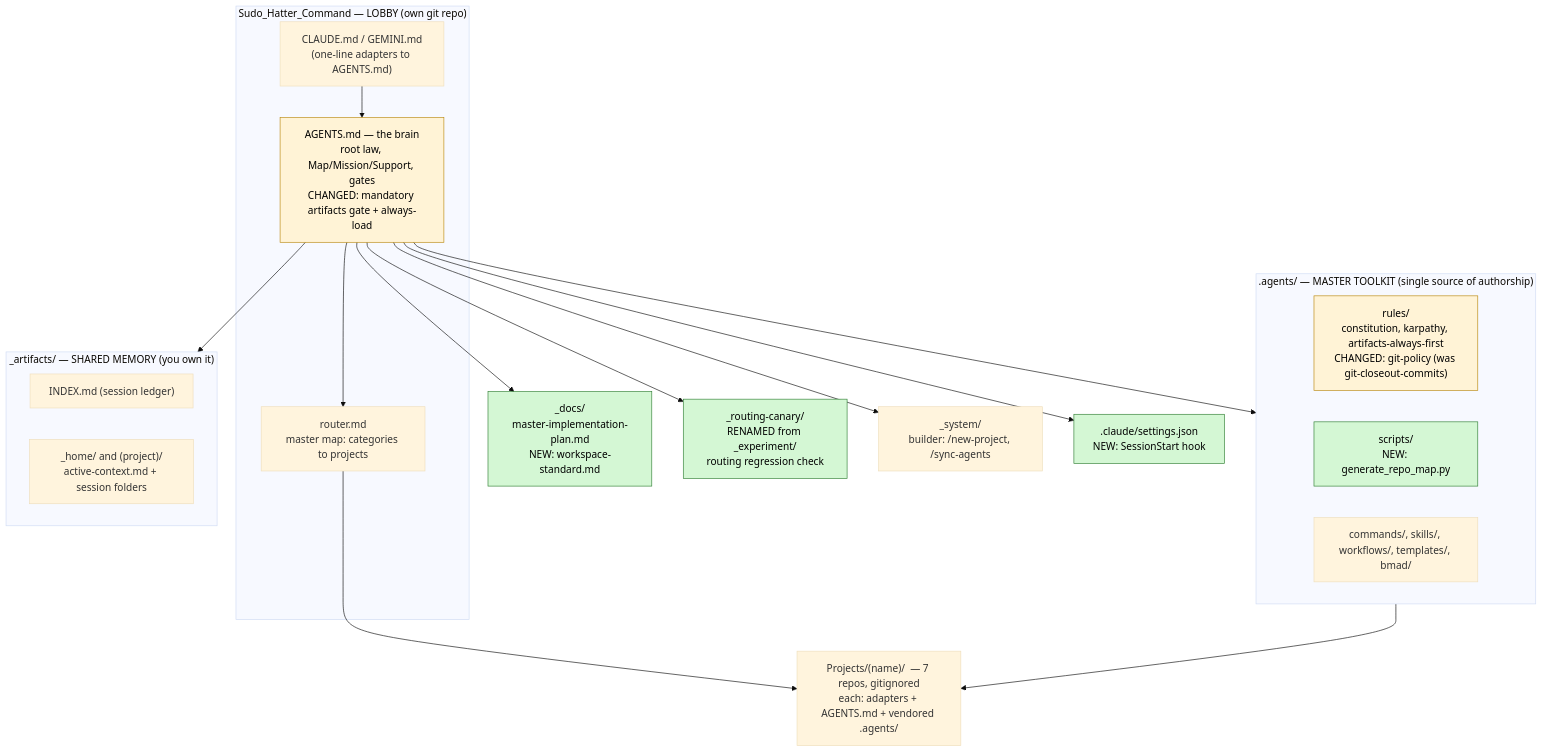
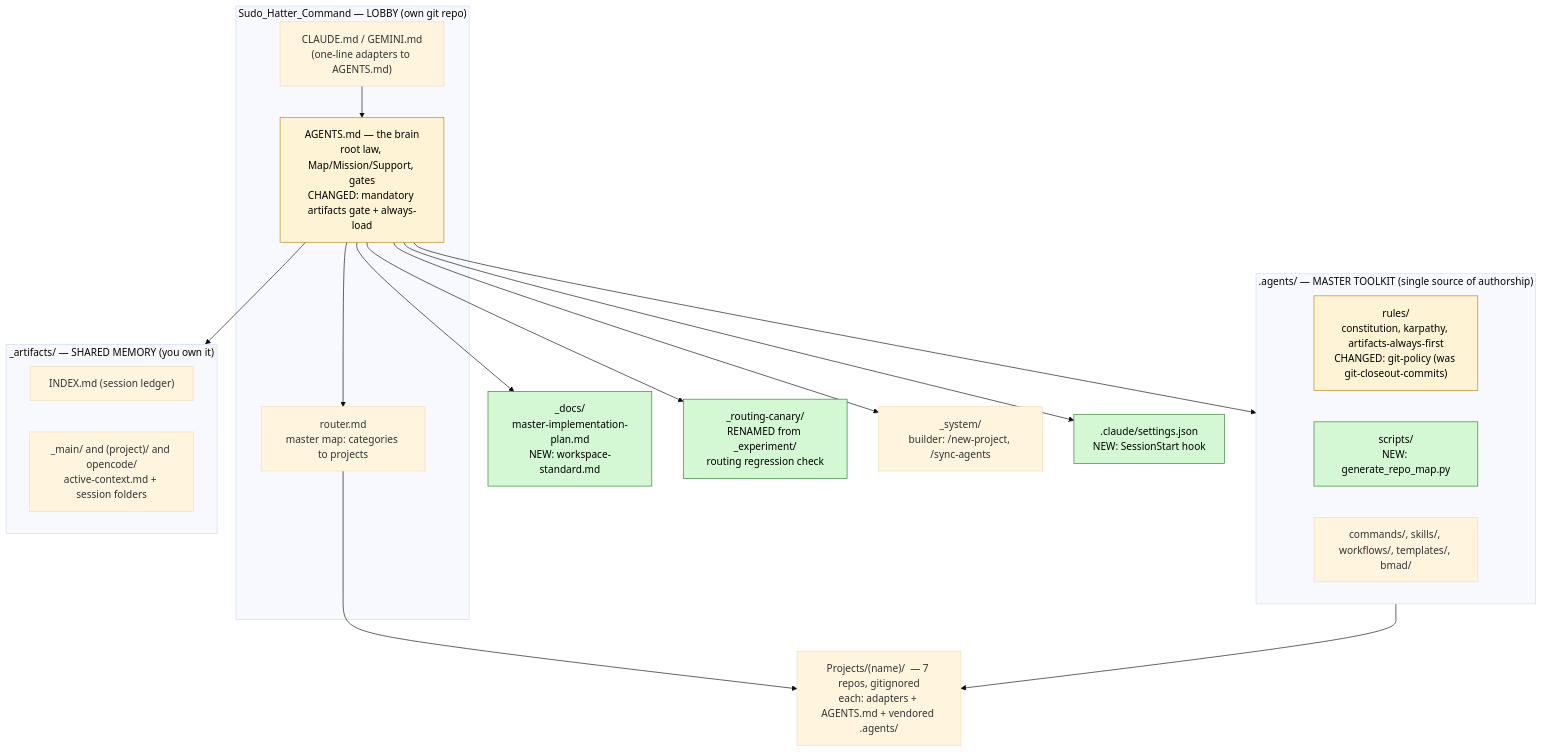
One commit to sudomadhatter/Sudo_Hatter_Command changed the first of 5 diagrams in _my_resources/diagrams_guides/system/updated_folder_file_structure_diagram.md. Above: the diagram before and after it, drawn with Mermaid (base theme). The commit also changed other lines of this file and 19 other files, not shown here.

Commit message:
refactor: rename _home directory to _main and update all artifact paths and workspace standards accordingly

````diff
--- a/_my_resources/diagrams_guides/system/updated_folder_file_structure_diagram.md
+++ b/_my_resources/diagrams_guides/system/updated_folder_file_structure_diagram.md
@@ -12,41 +12,41 @@
 ```mermaid
 flowchart TD
     subgraph LOBBY ["Sudo_Hatter_Command — LOBBY (own git repo)"]
         ADP["CLAUDE.md / GEMINI.md\n(one-line adapters to AGENTS.md)"]
         BRAIN["AGENTS.md — the brain\nroot law, Map/Mission/Support, gates\nCHANGED: mandatory artifacts gate + always-load"]
         ROUTER["router.md\nmaster map: categories to projects"]
         ADP --> BRAIN
         BRAIN --> ROUTER
     end
 
     subgraph TOOLKIT [".agents/ — MASTER TOOLKIT (single source of authorship)"]
         RULES["rules/\nconstitution, karpathy, artifacts-always-first\nCHANGED: git-policy (was git-closeout-commits)"]
         SCRIPTS["scripts/\nNEW: generate_repo_map.py"]
         OTHER["commands/, skills/, workflows/, templates/, bmad/"]
     end
 
     subgraph MEM ["_artifacts/ — SHARED MEMORY (you own it)"]
         INDEX["INDEX.md (session ledger)"]
-        STORE["_home/ and (project)/\nactive-context.md + session folders"]
+        STORE["_main/ and (project)/ and opencode/\nactive-context.md + session folders"]
     end
 
     DOCS["_docs/\nmaster-implementation-plan.md\nNEW: workspace-standard.md"]
     CANARY["_routing-canary/\nRENAMED from _experiment/\nrouting regression check"]
     SYS["_system/\nbuilder: /new-project, /sync-agents"]
     SETTINGS[".claude/settings.json\nNEW: SessionStart hook"]
     PROJ["Projects/(name)/  — 7 repos, gitignored\neach: adapters + AGENTS.md + vendored .agents/"]
 
     BRAIN --> TOOLKIT
     BRAIN --> MEM
     BRAIN --> DOCS
     BRAIN --> CANARY
     BRAIN --> SYS
     BRAIN --> SETTINGS
     ROUTER --> PROJ
     TOOLKIT --> PROJ
 
     classDef new fill:#d4f7d4,stroke:#2e7d32,color:#000
     classDef chg fill:#fff3d6,stroke:#b8860b,color:#000
     class SCRIPTS,DOCS,SETTINGS,CANARY new
     class BRAIN,RULES chg
 ```
````
